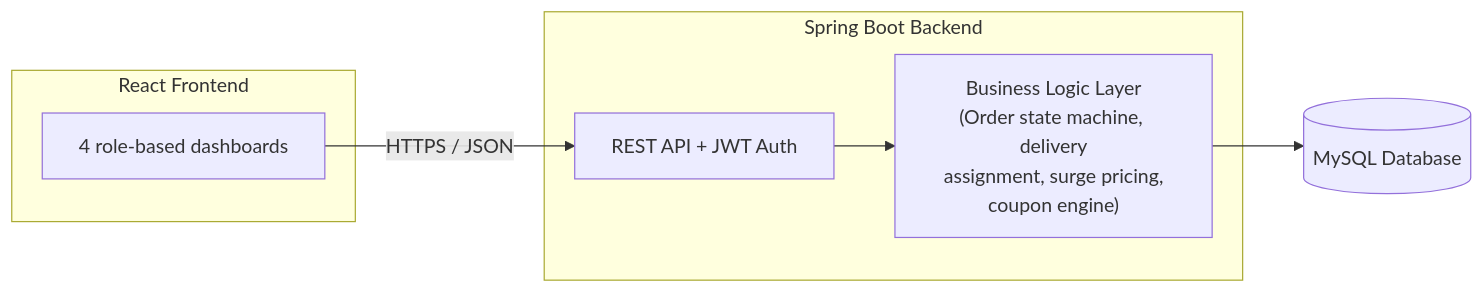
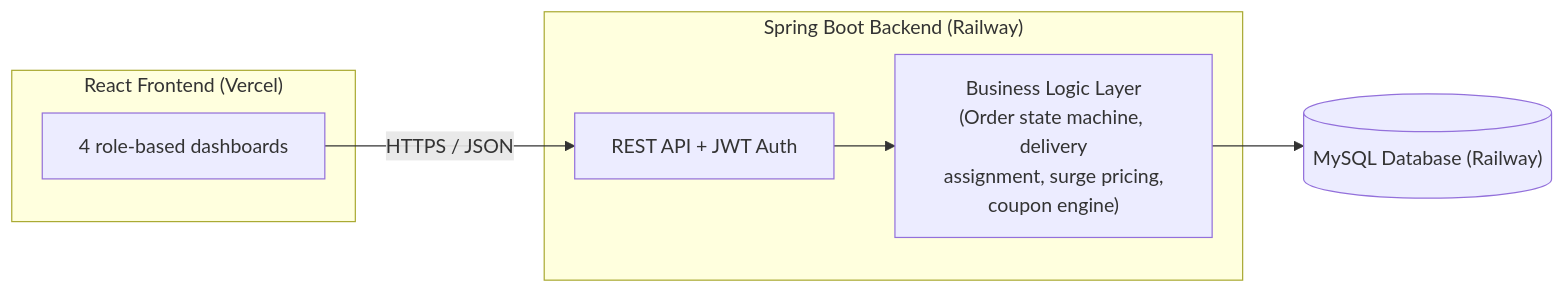
Before and after one commit to toyeshkumar06/foodflow: the diagram in README.md, drawn with Mermaid. The commit also changed other lines of this file, not shown here.

````diff
--- a/README.md
+++ b/README.md
@@ -58,15 +60,15 @@
 ```mermaid
 flowchart LR
-    subgraph Frontend["React Frontend"]
+    subgraph Frontend["React Frontend (Vercel)"]
         UI["4 role-based dashboards"]
     end
-    subgraph Backend["Spring Boot Backend"]
+    subgraph Backend["Spring Boot Backend (Railway)"]
         API["REST API + JWT Auth"]
         Logic["Business Logic Layer<br/>(Order state machine, delivery<br/>assignment, surge pricing,<br/>coupon engine)"]
     end
-    DB[("MySQL Database")]
+    DB[("MySQL Database (Railway)")]
 
     UI -->|HTTPS / JSON| API
     API --> Logic
     Logic --> DB
 ```
````
